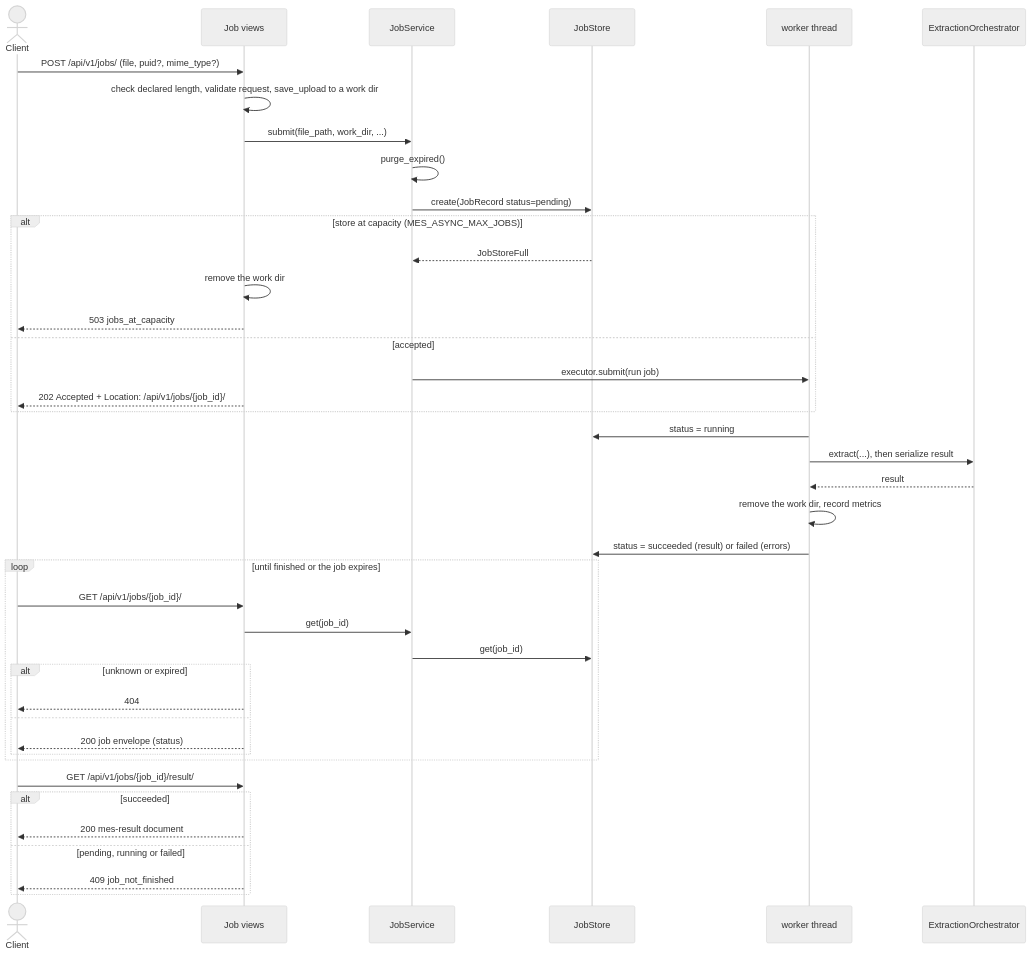
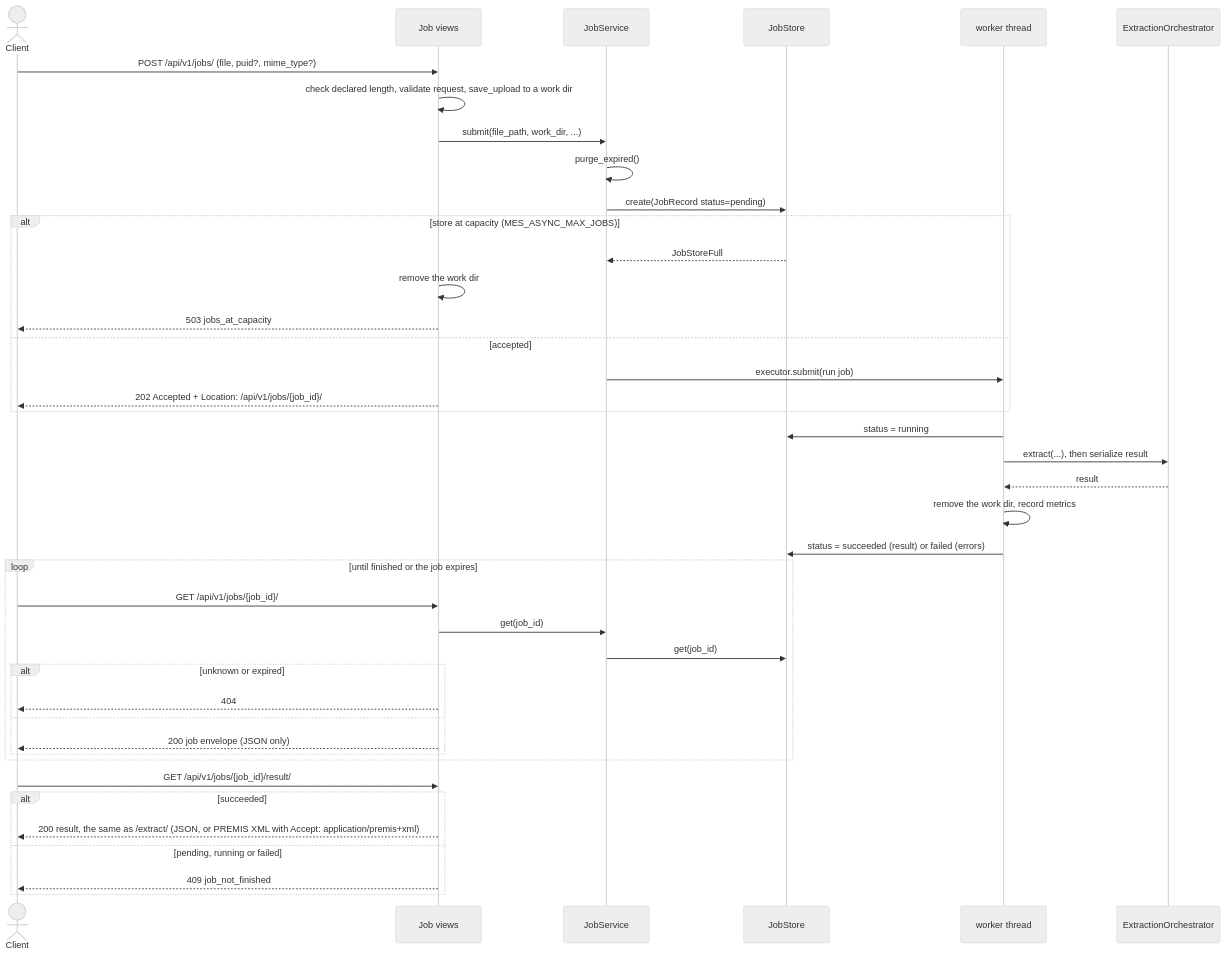
The fourth of 5 diagrams in docs/diagrams.md (EOSC-EDEN/metadata-extraction-service), drawn with Mermaid (neutral theme) before and after one commit. The commit also changed other lines of this file and 72 other files, not shown here.

````diff
--- a/docs/diagrams.md
+++ b/docs/diagrams.md
@@ -177,47 +174,47 @@
 ```mermaid
 sequenceDiagram
     actor Client
     participant API as Job views
     participant Jobs as JobService
     participant Store as JobStore
     participant Worker as worker thread
     participant Orch as ExtractionOrchestrator
 
     Client->>API: POST /api/v1/jobs/ (file, puid?, mime_type?)
     API->>API: check declared length, validate request, save_upload to a work dir
     API->>Jobs: submit(file_path, work_dir, ...)
     Jobs->>Jobs: purge_expired()
     Jobs->>Store: create(JobRecord status=pending)
     alt store at capacity (MES_ASYNC_MAX_JOBS)
         Store-->>Jobs: JobStoreFull
         API->>API: remove the work dir
         API-->>Client: 503 jobs_at_capacity
     else accepted
         Jobs->>Worker: executor.submit(run job)
         API-->>Client: 202 Accepted + Location: /api/v1/jobs/{job_id}/
     end
 
     Worker->>Store: status = running
     Worker->>Orch: extract(...), then serialize result
     Orch-->>Worker: result
     Worker->>Worker: remove the work dir, record metrics
     Worker->>Store: status = succeeded (result) or failed (errors)
 
     loop until finished or the job expires
         Client->>API: GET /api/v1/jobs/{job_id}/
         API->>Jobs: get(job_id)
         Jobs->>Store: get(job_id)
         alt unknown or expired
             API-->>Client: 404
         else
-            API-->>Client: 200 job envelope (status)
+            API-->>Client: 200 job envelope (JSON only)
         end
     end
 
     Client->>API: GET /api/v1/jobs/{job_id}/result/
     alt succeeded
-        API-->>Client: 200 mes-result document
+        API-->>Client: 200 result, the same as /extract/ (JSON, or PREMIS XML with Accept: application/premis+xml)
     else pending, running or failed
         API-->>Client: 409 job_not_finished
     end
 ```
````
